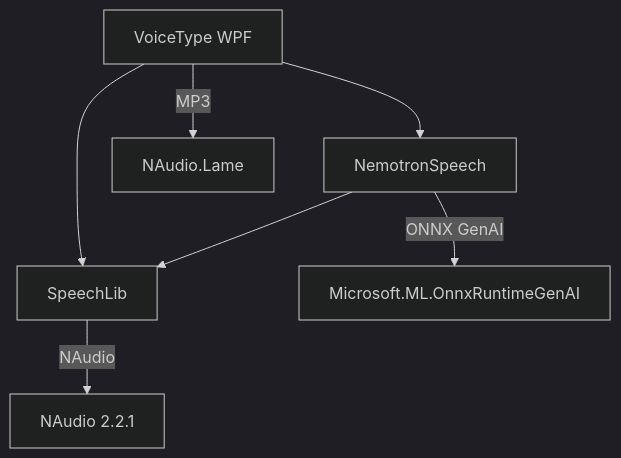
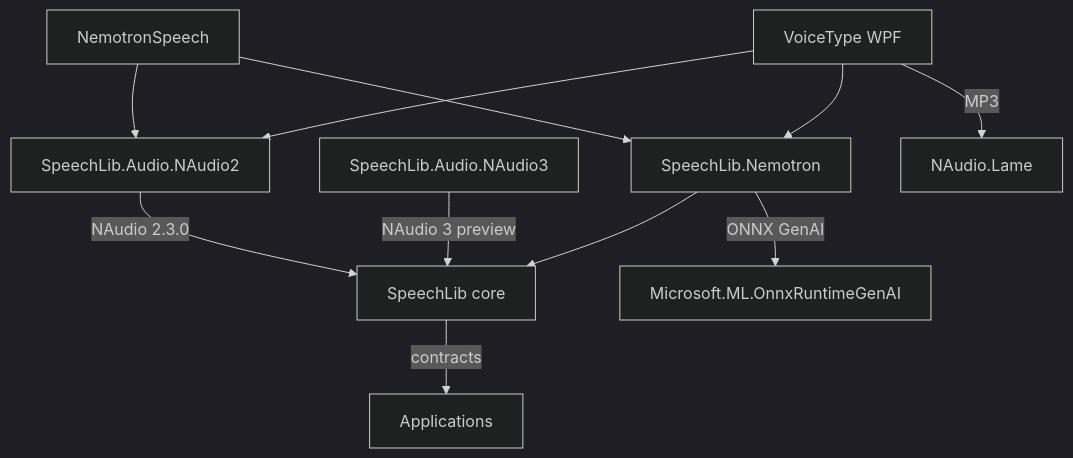
The diagram in README.md (DimQ1/nemotron-speech-csharp), drawn with Mermaid (dark theme) before and after one commit. The commit also changed other lines of this file and 41 other files, not shown here.

Commit message:
Modularize SpeechLib audio and recognition providers

````diff
--- a/README.md
+++ b/README.md
@@ -76,9 +82,13 @@
 ```mermaid
 graph TD
-    SL[SpeechLib] --> |NAudio| NA[NAudio 2.2.1]
-    NS[NemotronSpeech] --> |ONNX GenAI| ORT[Microsoft.ML.OnnxRuntimeGenAI]
-    NS --> SL
-    VT[VoiceType WPF] --> SL
-    VT --> NS
+  SL[SpeechLib core] --> |contracts| APP[Applications]
+  NA2[SpeechLib.Audio.NAudio2] --> |NAudio 2.3.0| SL
+  NA3[SpeechLib.Audio.NAudio3] --> |NAudio 3 preview| SL
+  NM[SpeechLib.Nemotron] --> |ONNX GenAI| ORT[Microsoft.ML.OnnxRuntimeGenAI]
+  NM --> SL
+  CLI[NemotronSpeech] --> NM
+  CLI --> NA2
+  VT[VoiceType WPF] --> NM
+  VT --> NA2
     VT --> |MP3| LAME[NAudio.Lame]
 ```
````
